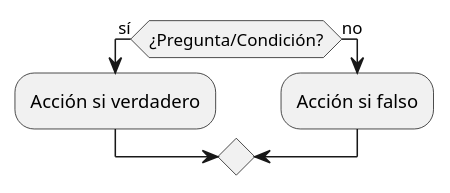
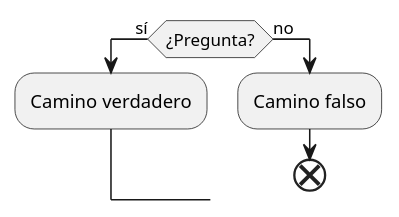
Before and after one commit to GonzaloBarbano/E-commerce: the second of 5 diagrams in docs/05-diagramas/01-diagrama-de-actividades/diagramas-doc.md, drawn with PlantUML. The commit also changed other lines of this file and 11 other files, not shown here.

````diff
--- a/docs/05-diagramas/01-diagrama-de-actividades/diagramas-doc.md
+++ b/docs/05-diagramas/01-diagrama-de-actividades/diagramas-doc.md
@@ -398,7 +179,8 @@
-```puml
-if (¿Pregunta/Condición?) then (sí)
-  :Acción si verdadero;
+```plantuml
+if (¿Pregunta?) then (sí)
+  :Camino verdadero;
 else (no)
-  :Acción si falso;
+  :Camino falso;
+  end
 endif
 ```
````
